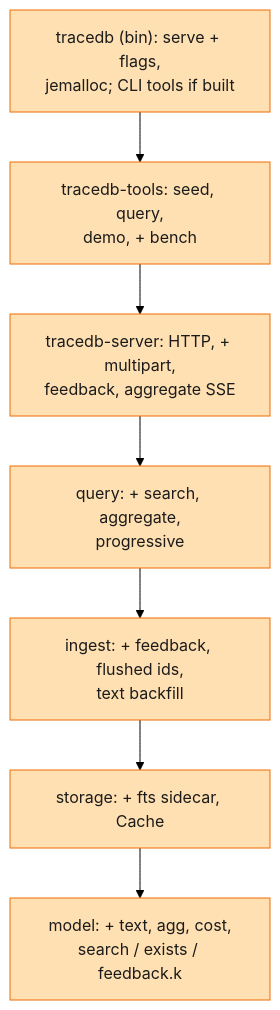
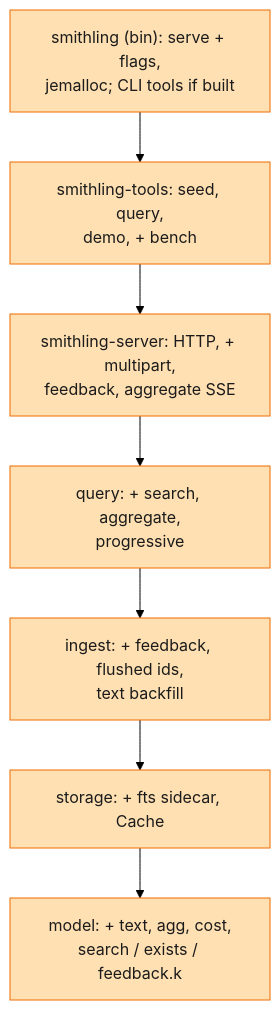
Before and after one commit to liukai/smithling: the sixth of 11 diagrams in specs/003-m3-search-aggregates-speed/starter-guide.md, drawn with Mermaid (forest theme). The commit also changed other lines of this file and 199 other files, not shown here.

First line of the commit message:
refactor: rename tracedb to Smithling (D-037)

````diff
--- a/specs/003-m3-search-aggregates-speed/starter-guide.md
+++ b/specs/003-m3-search-aggregates-speed/starter-guide.md
@@ -138,14 +138,14 @@
 ```mermaid
 flowchart TB
-    A["tracedb (bin): serve + flags,<br/>jemalloc; CLI tools if built"]:::revised
-    T["tracedb-tools: seed, query,<br/>demo, + bench"]:::revised
-    S["tracedb-server: HTTP, + multipart,<br/>feedback, aggregate SSE"]:::revised
+    A["smithling (bin): serve + flags,<br/>jemalloc; CLI tools if built"]:::revised
+    T["smithling-tools: seed, query,<br/>demo, + bench"]:::revised
+    S["smithling-server: HTTP, + multipart,<br/>feedback, aggregate SSE"]:::revised
     B["query: + search, aggregate,<br/>progressive"]:::revised
     C["ingest: + feedback, flushed ids,<br/>text backfill"]:::revised
     D["storage: + fts sidecar, Cache"]:::revised
     E["model: + text, agg, cost,<br/>search / exists / feedback.k"]:::revised
     A --> T --> S --> B --> C --> D --> E
     classDef new fill:#c8e6c9,stroke:#2e7d32,color:#1b1b1b
     classDef revised fill:#ffe0b2,stroke:#ef6c00,color:#1b1b1b
     classDef old fill:#eeeeee,stroke:#9e9e9e,color:#1b1b1b
 ```
````
